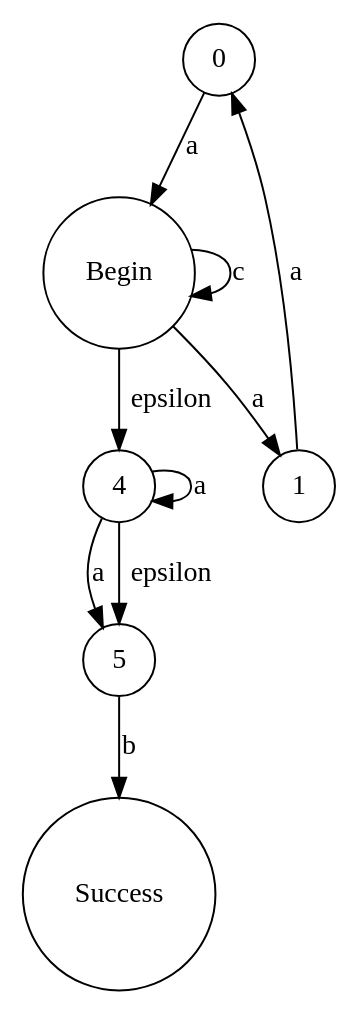
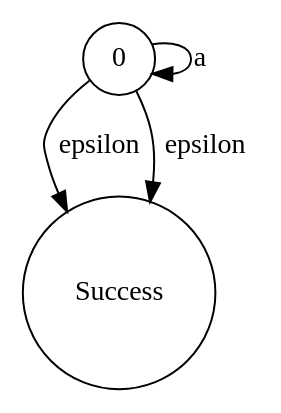
Before and after one commit to ayanamists/MyRegEngine: the diagram in MyRegEngine/bin/Debug/netcoreapp3.1/TestCase8.dot, drawn with Graphviz. The commit also changed 55 other files, not shown here.

```diff
--- a/MyRegEngine/bin/Debug/netcoreapp3.1/TestCase8.dot
+++ b/MyRegEngine/bin/Debug/netcoreapp3.1/TestCase8.dot
@@ -1,1 +1,1 @@
-digraph TestCase8 { 0 [shape=circle,label="0"]; 1 [shape=circle,label="1"]; 2 [shape=circle,label="Begin"]; 4 [shape=circle,label="4"]; 5 [shape=circle,label="5"]; 6 [shape=circle,label="Success"]; 0 -> 2[label="a"]; 1 -> 0[label="a"]; 2 -> 1[label="a"]; 2 -> 4[label="epsilon"]; 2 -> 2[label="c"]; 4 -> 4[label="a"]; 4 -> 5[label="a"]; 4 -> 5[label="epsilon"]; 5 -> 6[label="b"]; }
+digraph TestCase8 { 0 [shape=circle,label="0"]; 1 [shape=circle,label="Success"]; 0 -> 0[label="a"]; 0 -> 1[label="epsilon"]; 0 -> 1[label="epsilon"]; }
```
